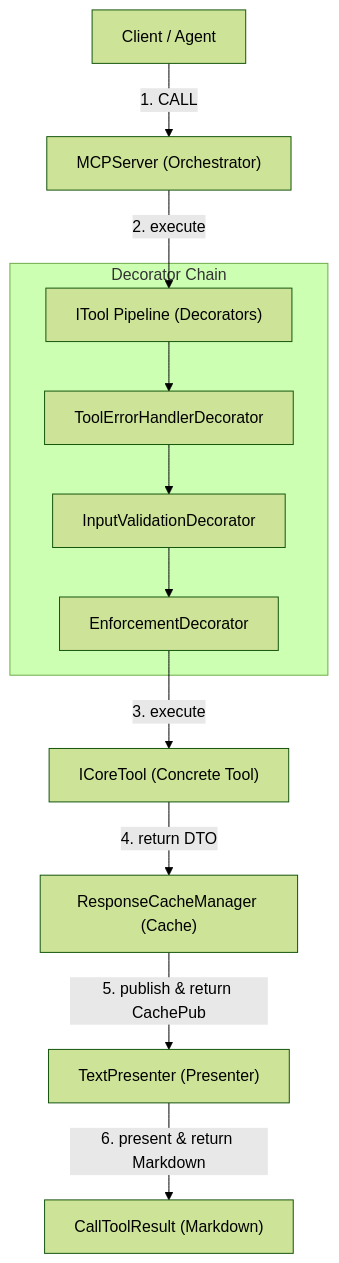
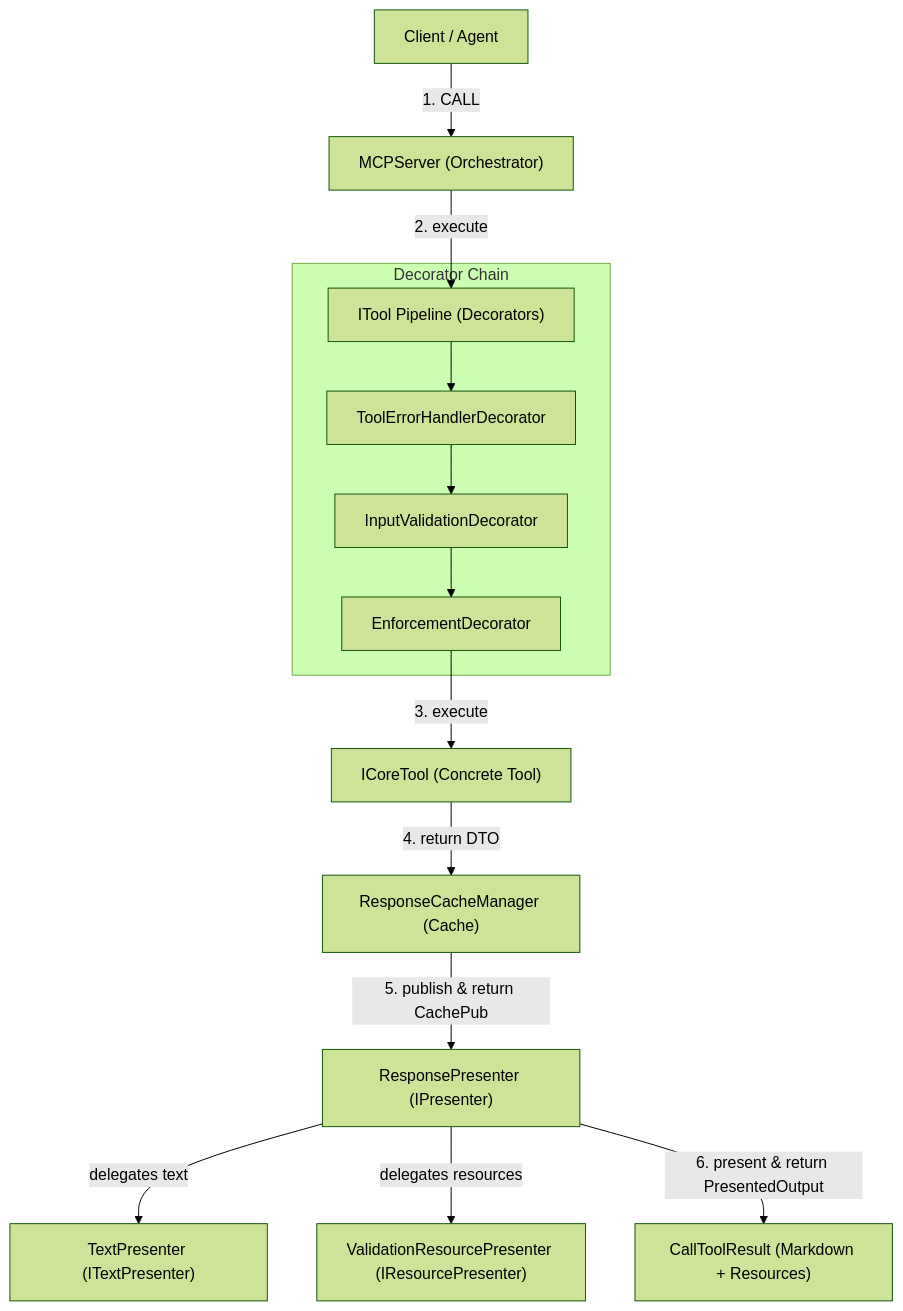
One commit to MikeyVK/S1mpleTraderV3 changed the second of 5 diagrams in docs/manuals/architecture.md. Above: the diagram before and after it, drawn with Mermaid (forest theme). The commit also changed other lines of this file and 1 other file, not shown here.

Commit message:
docs(P_DOCUMENTATION): Resolve QA findings: fix test_bootstrap.py E402 imports, update architecture.md and DTO docs (#414) (#414)

````diff
--- a/docs/manuals/architecture.md
+++ b/docs/manuals/architecture.md
@@ -148,24 +148,28 @@
 ```mermaid
 graph TD
     Client["Client / Agent"]
     MCPServer["MCPServer (Orchestrator)"]
     Pipeline["ITool Pipeline (Decorators)"]
     Tool["ICoreTool (Concrete Tool)"]
     Cache["ResponseCacheManager (Cache)"]
-    Presenter["TextPresenter (Presenter)"]
-    Result["CallToolResult (Markdown)"]
+    Presenter["ResponsePresenter (IPresenter)"]
+    TextPresenter["TextPresenter (ITextPresenter)"]
+    ResPresenter["ValidationResourcePresenter (IResourcePresenter)"]
+    Result["CallToolResult (Markdown + Resources)"]
 
     Client -->|"1. CALL"| MCPServer
     MCPServer -->|"2. execute"| Pipeline
     
     subgraph Decorators ["Decorator Chain"]
         Pipeline --> ErrorHandler["ToolErrorHandlerDecorator"]
         ErrorHandler --> InputValidator["InputValidationDecorator"]
         InputValidator --> Enforcement["EnforcementDecorator"]
     end
     
     Enforcement -->|"3. execute"| Tool
     Tool -->|"4. return DTO"| Cache
     Cache -->|"5. publish & return CachePub"| Presenter
-    Presenter -->|"6. present & return Markdown"| Result
+    Presenter -->|"delegates text"| TextPresenter
+    Presenter -->|"delegates resources"| ResPresenter
+    Presenter -->|"6. present & return PresentedOutput"| Result
 ```
````
